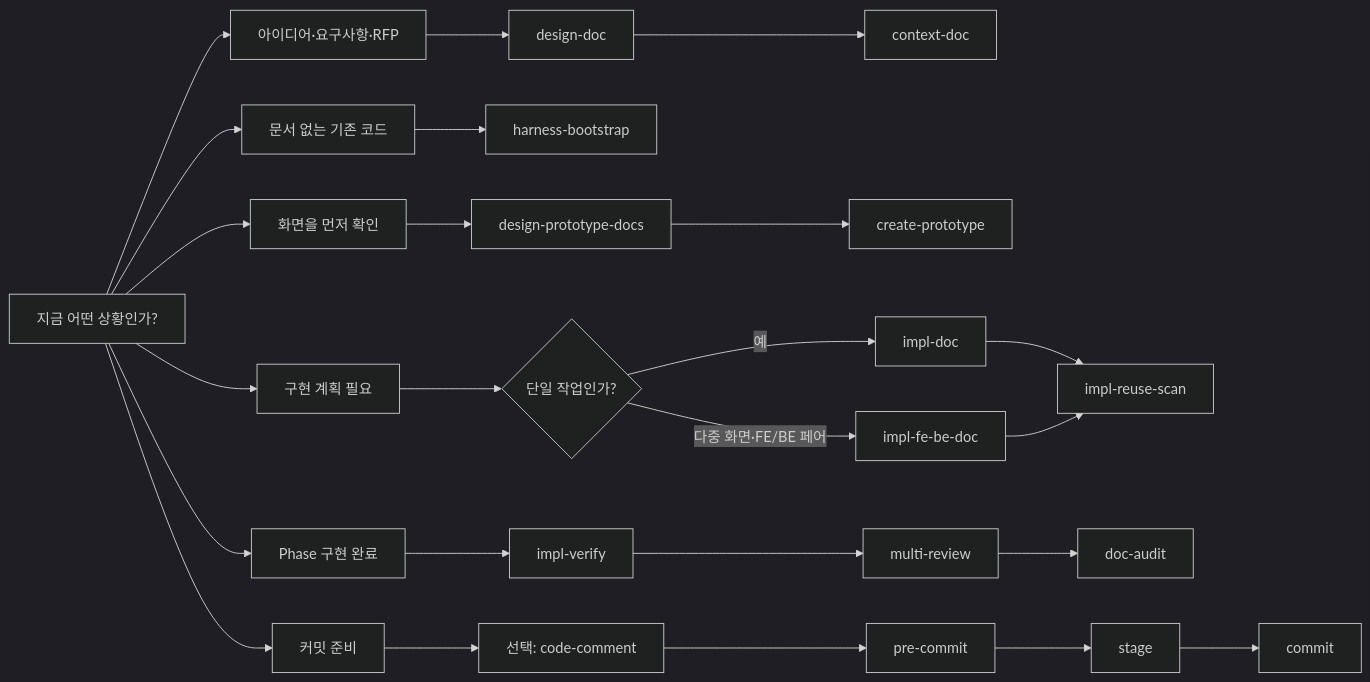
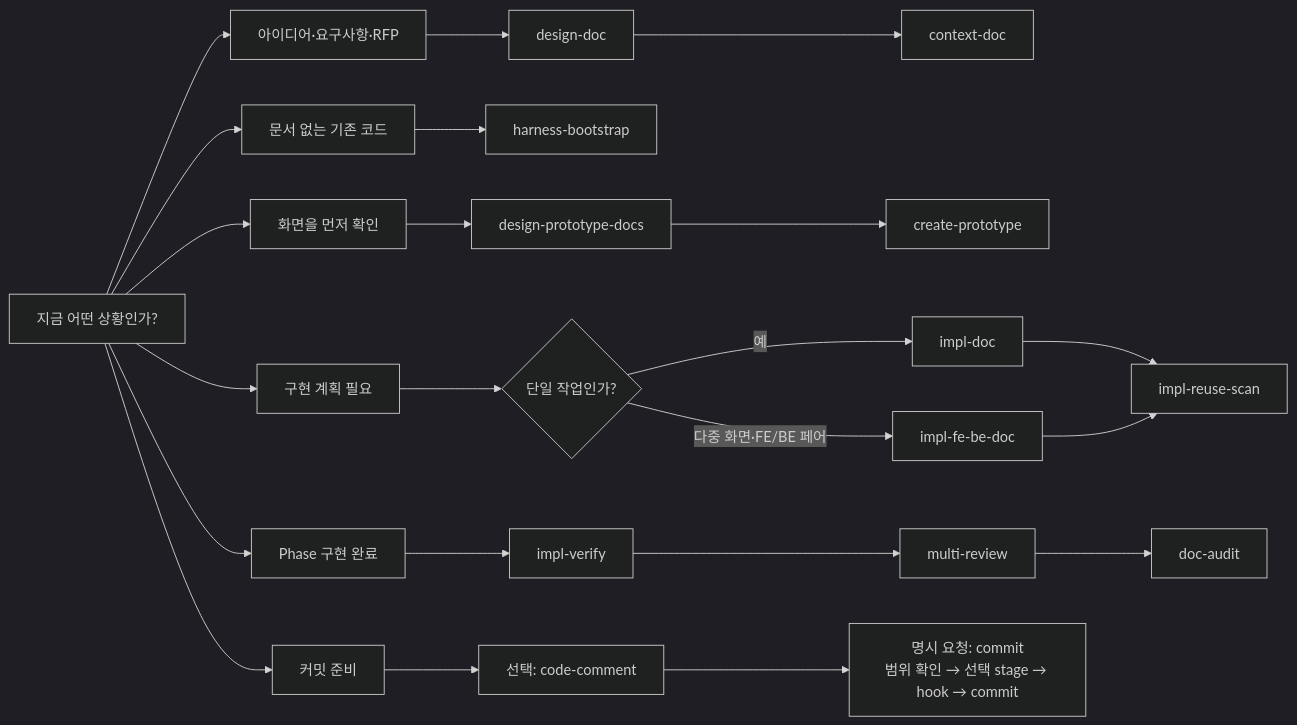
Before and after one commit to hb9397/ai-agent-harness-docs: the fourth of 5 diagrams in .user-docs/Harness_Engineering_Intro.md, drawn with Mermaid (dark theme). The commit also changed other lines of this file and 43 other files, not shown here.

First line of the commit message:
refactor(skills): replace pre-commit and unify upstream governance

````diff
--- a/.user-docs/Harness_Engineering_Intro.md
+++ b/.user-docs/Harness_Engineering_Intro.md
@@ -216,32 +215,30 @@
 ```mermaid
 flowchart LR
     A["지금 어떤 상황인가?"] --> B["아이디어·요구사항·RFP"]
     A --> C["문서 없는 기존 코드"]
     A --> D["화면을 먼저 확인"]
     A --> E["구현 계획 필요"]
     A --> F["Phase 구현 완료"]
     A --> G["커밋 준비"]
 
     B --> B1["design-doc"]
     B1 --> B2["context-doc"]
 
     C --> C1["harness-bootstrap"]
 
     D --> D1["design-prototype-docs"]
     D1 --> D2["create-prototype"]
 
     E --> E1{"단일 작업인가?"}
     E1 -->|"예"| E2["impl-doc"]
     E1 -->|"다중 화면·FE/BE 페어"| E3["impl-fe-be-doc"]
     E2 --> E4["impl-reuse-scan"]
     E3 --> E4
 
     F --> F1["impl-verify"]
     F1 --> F2["multi-review"]
     F2 --> F3["doc-audit"]
 
     G --> G1["선택: code-comment"]
-    G1 --> G2["pre-commit"]
-    G2 --> G3["stage"]
-    G3 --> G4["commit"]
+    G1 --> G4["명시 요청: commit<br/>범위 확인 → 선택 stage → hook → commit"]
 ```
````
